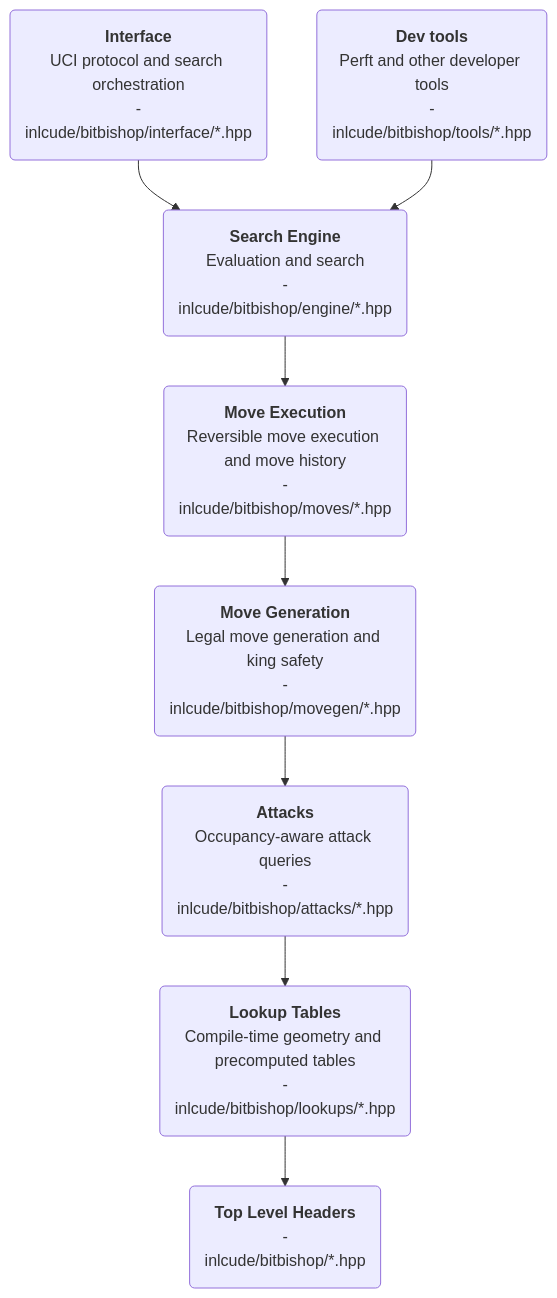
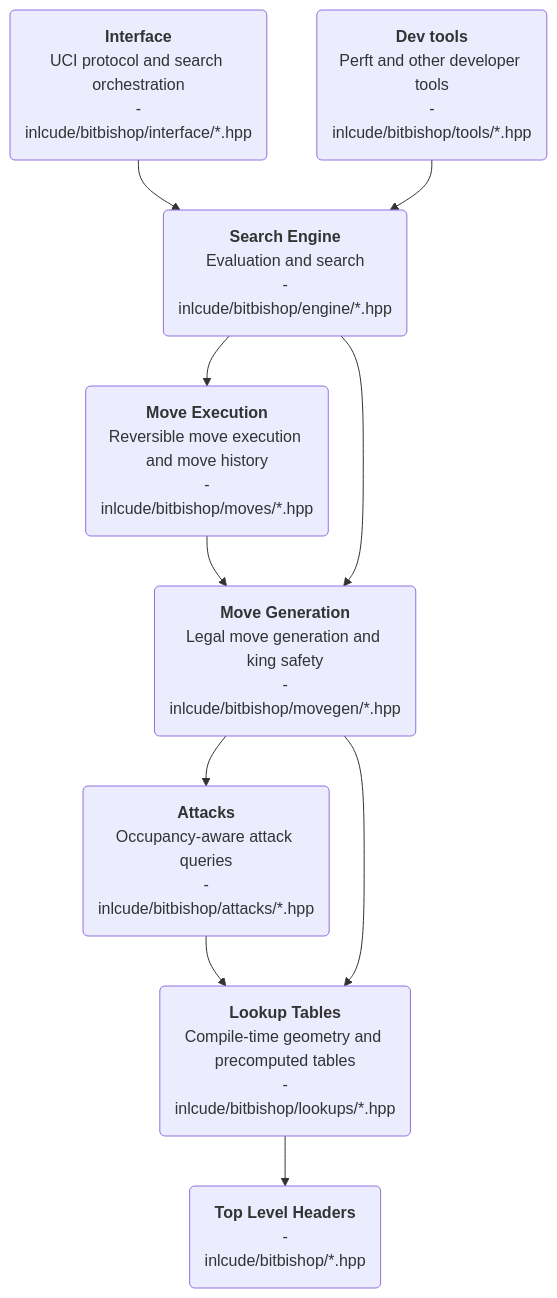
Before and after one commit to Hardcode3/BitBishop: the diagram in include/bitbishop/readme.md, drawn with Mermaid. The commit also changed 3 other files, not shown here.

````diff
--- a/include/bitbishop/readme.md
+++ b/include/bitbishop/readme.md
@@ -47,65 +47,67 @@
 ```mermaid
 flowchart TD
 
     TopLevelHeaders("`
         **Top Level Headers**
         -
         inlcude/bitbishop/*.hpp
     `")
     LookupTables("`
         **Lookup Tables**
         Compile-time geometry and precomputed tables
         -
         inlcude/bitbishop/lookups/*.hpp
     `")
     Attacks("`
         **Attacks**
         Occupancy-aware attack queries
         -
         inlcude/bitbishop/attacks/*.hpp
     `")
     MoveGen("`
         **Move Generation**
         Legal move generation and king safety
         -
         inlcude/bitbishop/movegen/*.hpp
     `")
     Moves("`
         **Move Execution**
         Reversible move execution and move history
         -
         inlcude/bitbishop/moves/*.hpp
     `")
     Engine("`
         **Search Engine**
         Evaluation and search
         -
         inlcude/bitbishop/engine/*.hpp
     `")
     Interface("`
         **Interface**
         UCI protocol and search orchestration
         -
         inlcude/bitbishop/interface/*.hpp
     `")
     Tools("`
         **Dev tools**
         Perft and other developer tools
         -
         inlcude/bitbishop/tools/*.hpp
     `")
 
     LookupTables --> TopLevelHeaders
 
     Attacks --> LookupTables
 
     MoveGen --> Attacks
+    MoveGen --> LookupTables
 
     Moves --> MoveGen
 
     Engine --> Moves
+    Engine --> MoveGen
 
     Interface --> Engine
 
     Tools --> Engine
 ```
````
